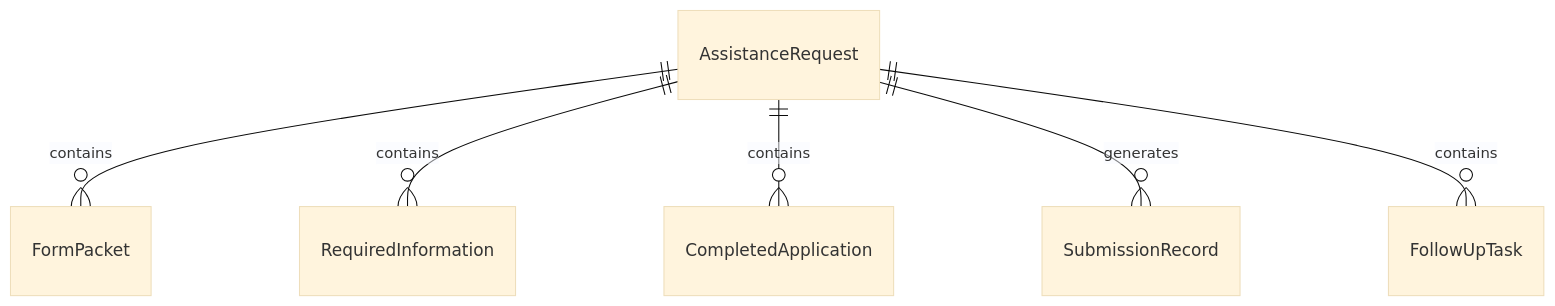
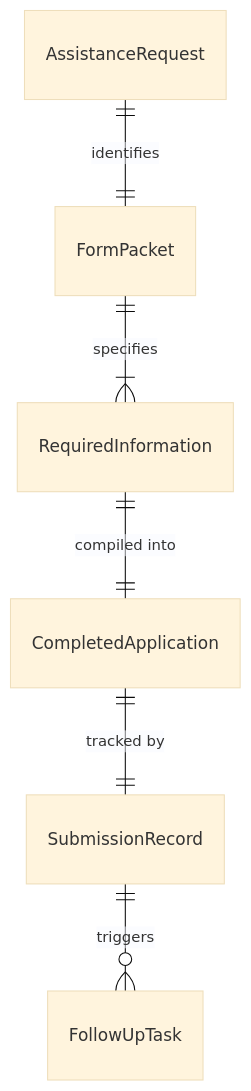
The first of 4 diagrams in AssistingAndCaringForOthers/AssistIndividualsWithPaperwork/AssistIndividualsPaperwork.mdx (dot-org-ai/tasks.org.ai), drawn with Mermaid (base theme) before and after one commit. The commit also changed other lines of this file and 32 other files, not shown here.

First line of the commit message:
fix: Improve ER and State diagrams in 32 AssistingAndCaringForOthers DWA files

````diff
--- a/AssistingAndCaringForOthers/AssistIndividualsWithPaperwork/AssistIndividualsPaperwork.mdx
+++ b/AssistingAndCaringForOthers/AssistIndividualsWithPaperwork/AssistIndividualsPaperwork.mdx
@@ -88,8 +88,8 @@
 ```mermaid
 erDiagram
-    AssistanceRequest ||--o{ FormPacket : contains
-    AssistanceRequest ||--o{ RequiredInformation : contains
-    AssistanceRequest ||--o{ CompletedApplication : contains
-    AssistanceRequest ||--o{ SubmissionRecord : generates
-    AssistanceRequest ||--o{ FollowUpTask : contains
+    AssistanceRequest ||--|| FormPacket : identifies
+    FormPacket ||--|{ RequiredInformation : specifies
+    RequiredInformation ||--|| CompletedApplication : "compiled into"
+    CompletedApplication ||--|| SubmissionRecord : "tracked by"
+    SubmissionRecord ||--o{ FollowUpTask : triggers
 ```
````
